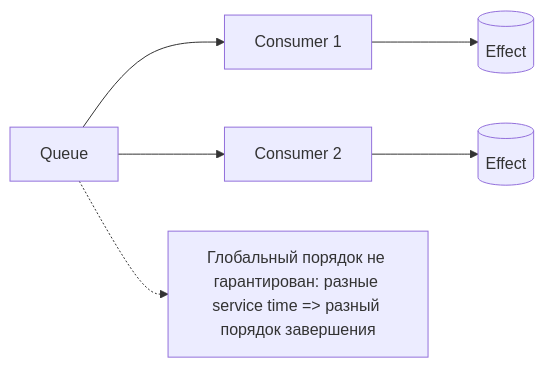
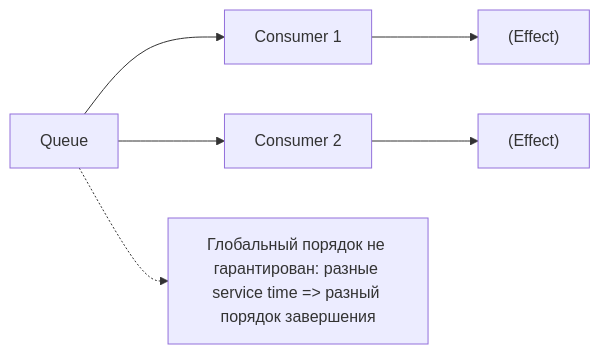
One commit to DDoSKudya/ai-study-atlas changed the first of 2 diagrams in directions/services/celery/pact/02_fundament_raspredelennykh_zadach_i_ocheredei_celery/15_02_2_6_uporyadochivanie_i_determinizm.md. Above: the diagram before and after it, drawn with Mermaid. The commit also changed other lines of this file and 322 other files, not shown here.

Commit message:
fix(docs): make mermaid diagrams GitHub-compatible across directions content

````diff
--- a/directions/services/celery/pact/02_fundament_raspredelennykh_zadach_i_ocheredei_celery/15_02_2_6_uporyadochivanie_i_determinizm.md
+++ b/directions/services/celery/pact/02_fundament_raspredelennykh_zadach_i_ocheredei_celery/15_02_2_6_uporyadochivanie_i_determinizm.md
@@ -103,8 +103,8 @@
 ```mermaid
 flowchart LR
-  Q[Queue] --> C1[Consumer 1] --> X[(Effect)]
-  Q --> C2[Consumer 2] --> Y[(Effect)]
+  Q["Queue"] --> C1["Consumer 1"] --> X["(Effect)"]
+  Q --> C2["Consumer 2"] --> Y["(Effect)"]
 
-  note1[Глобальный порядок не гарантирован: разные service time => разный порядок завершения]
+  note1["Глобальный порядок не гарантирован: разные service time => разный порядок завершения"]
   Q -.-> note1
 ```
````
